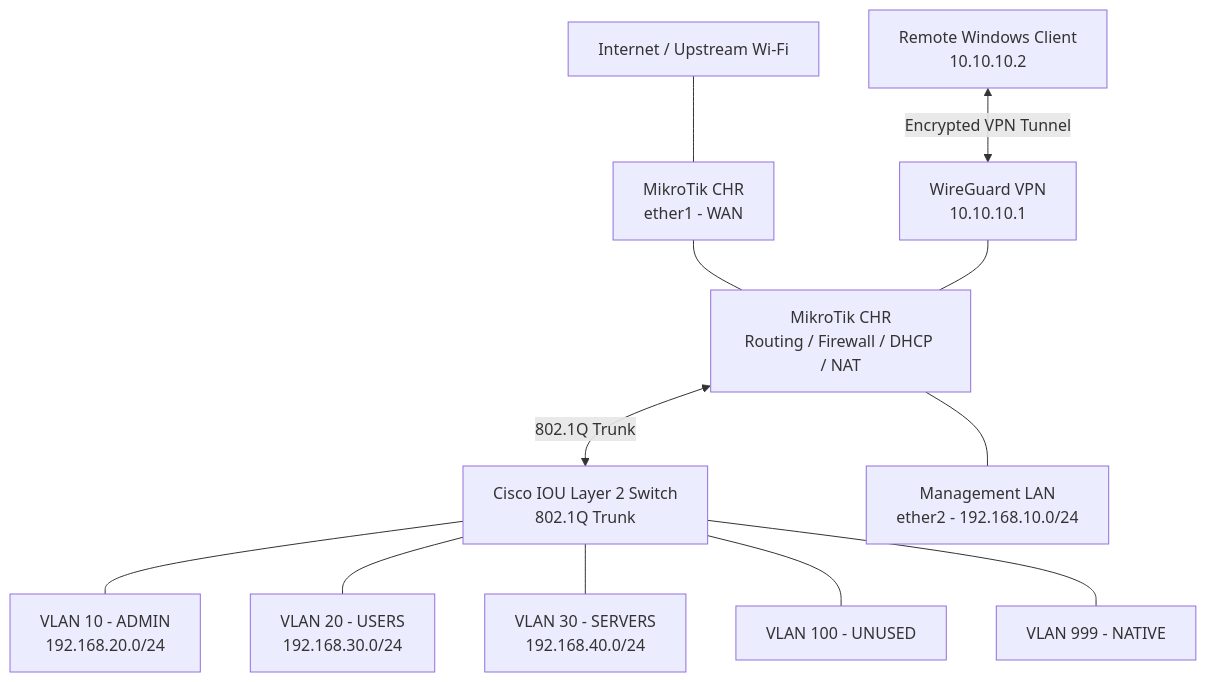
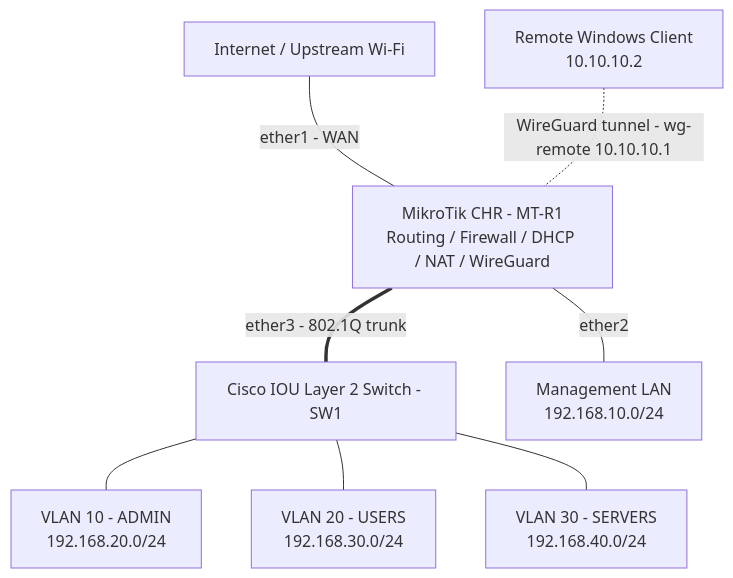
One commit to c-seydouba/mikrotik-enterprise-network-lab changed the diagram in docs/topology-diagram.md. Above: the diagram before and after it, drawn with Mermaid.

Commit message:
Revise topology diagram with updated configurations
Updated the topology diagram to reflect changes in router and switch configurations, and removed unused VLANs from the diagram.

````diff
--- a/docs/topology-diagram.md
+++ b/docs/topology-diagram.md
@@ -3,32 +3,19 @@
 ```mermaid
 flowchart TB
     INTERNET["Internet / Upstream Wi-Fi"]
-    WAN["MikroTik CHR<br/>ether1 - WAN"]
-    ROUTER["MikroTik CHR<br/>Routing / Firewall / DHCP / NAT"]
-    SWITCH["Cisco IOU Layer 2 Switch<br/>802.1Q Trunk"]
-
+    ROUTER["MikroTik CHR - MT-R1<br/>Routing / Firewall / DHCP / NAT / WireGuard"]
+    SWITCH["Cisco IOU Layer 2 Switch - SW1"]
+    MGMT["Management LAN<br/>192.168.10.0/24"]
     ADMIN["VLAN 10 - ADMIN<br/>192.168.20.0/24"]
     USERS["VLAN 20 - USERS<br/>192.168.30.0/24"]
     SERVERS["VLAN 30 - SERVERS<br/>192.168.40.0/24"]
-    UNUSED["VLAN 100 - UNUSED"]
-    NATIVE["VLAN 999 - NATIVE"]
+    VPN["Remote Windows Client<br/>10.10.10.2"]
 
-    MGMT["Management LAN<br/>ether2 - 192.168.10.0/24"]
-
-    VPN["Remote Windows Client<br/>10.10.10.2"]
-    WG["WireGuard VPN<br/>10.10.10.1"]
-
-    INTERNET --- WAN
-    WAN --- ROUTER
-    ROUTER <-->|"802.1Q Trunk"| SWITCH
-
+    INTERNET ---|"ether1 - WAN"| ROUTER
+    ROUTER ---|"ether2"| MGMT
+    ROUTER ===|"ether3 - 802.1Q trunk"| SWITCH
     SWITCH --- ADMIN
     SWITCH --- USERS
     SWITCH --- SERVERS
-    SWITCH --- UNUSED
-    SWITCH --- NATIVE
-
-    ROUTER --- MGMT
-    VPN <-->|"Encrypted VPN Tunnel"| WG
-    WG --- ROUTER
+    VPN -.-|"WireGuard tunnel - wg-remote 10.10.10.1"| ROUTER
 ```
````
